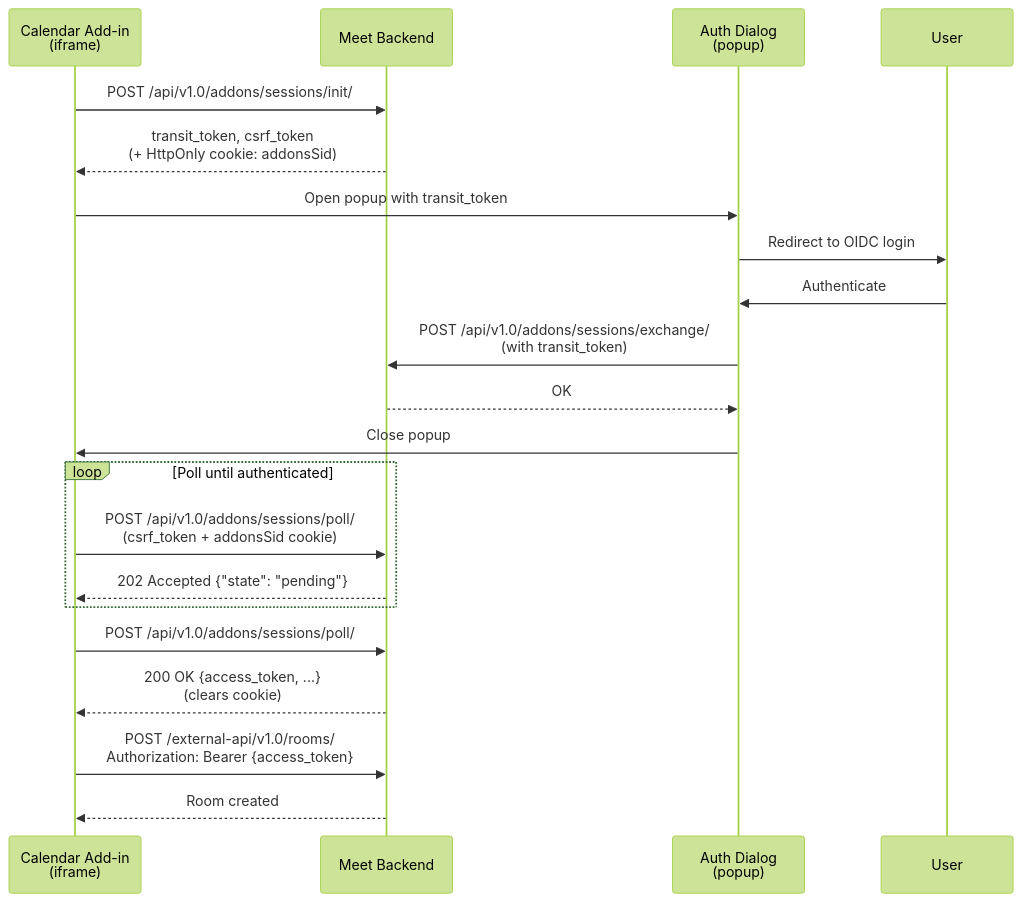
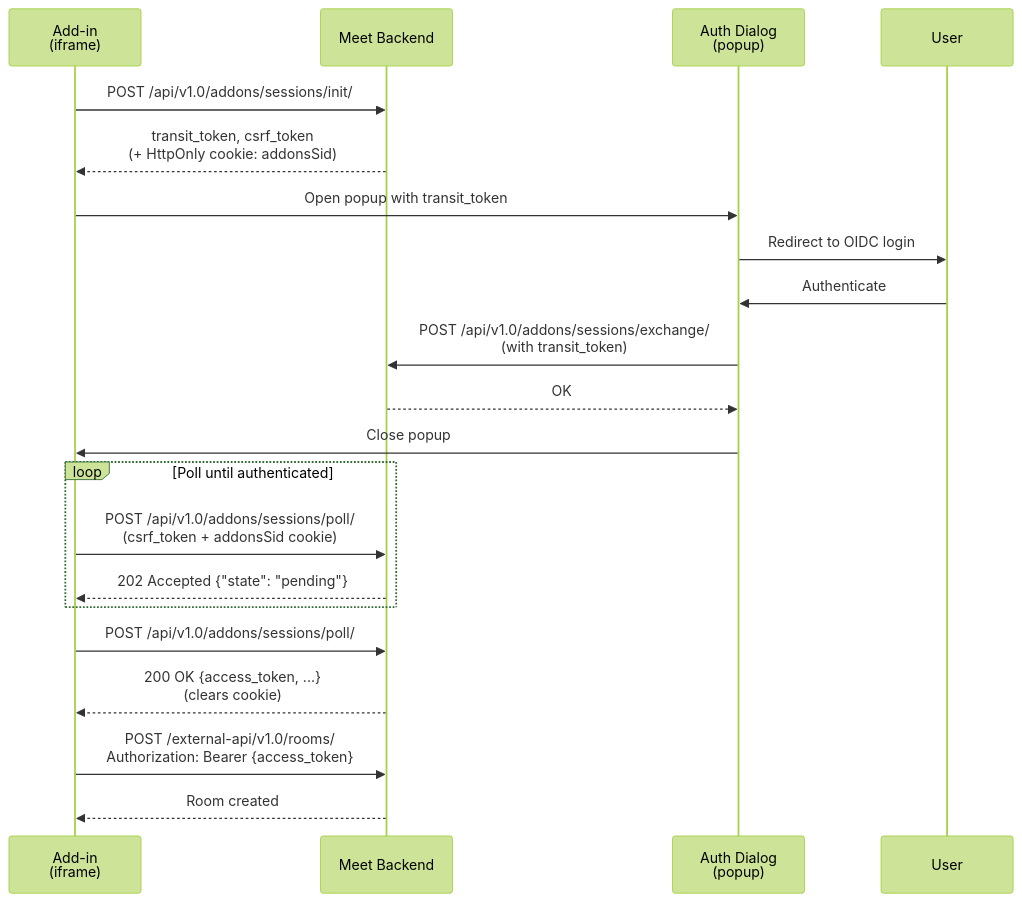
Before and after one commit to suitenumerique/meet: the diagram in docs/reference/external-api-addons.md, drawn with Mermaid (forest theme). The commit also changed other lines of this file and 70 other files, not shown here.

````diff
--- a/docs/reference/external-api-addons.md
+++ b/docs/reference/external-api-addons.md
@@ -25,28 +15,28 @@
 ```mermaid
 sequenceDiagram
-    participant Addon as Calendar Add-in<br/>(iframe)
+    participant Addon as Add-in<br/>(iframe)
     participant Backend as Meet Backend
     participant Dialog as Auth Dialog<br/>(popup)
     participant User
 
     Addon->>Backend: POST /api/v1.0/addons/sessions/init/
     Backend-->>Addon: transit_token, csrf_token<br/>(+ HttpOnly cookie: addonsSid)
     
     Addon->>Dialog: Open popup with transit_token
     Dialog->>User: Redirect to OIDC login
     User->>Dialog: Authenticate
     Dialog->>Backend: POST /api/v1.0/addons/sessions/exchange/<br/>(with transit_token)
     Backend-->>Dialog: OK
     Dialog->>Addon: Close popup
     
     loop Poll until authenticated
         Addon->>Backend: POST /api/v1.0/addons/sessions/poll/<br/>(csrf_token + addonsSid cookie)
         Backend-->>Addon: 202 Accepted {"state": "pending"}
     end
     
     Addon->>Backend: POST /api/v1.0/addons/sessions/poll/
     Backend-->>Addon: 200 OK {access_token, ...}<br/>(clears cookie)
     
     Addon->>Backend: POST /external-api/v1.0/rooms/<br/>Authorization: Bearer {access_token}
     Backend-->>Addon: Room created
 ```
````
